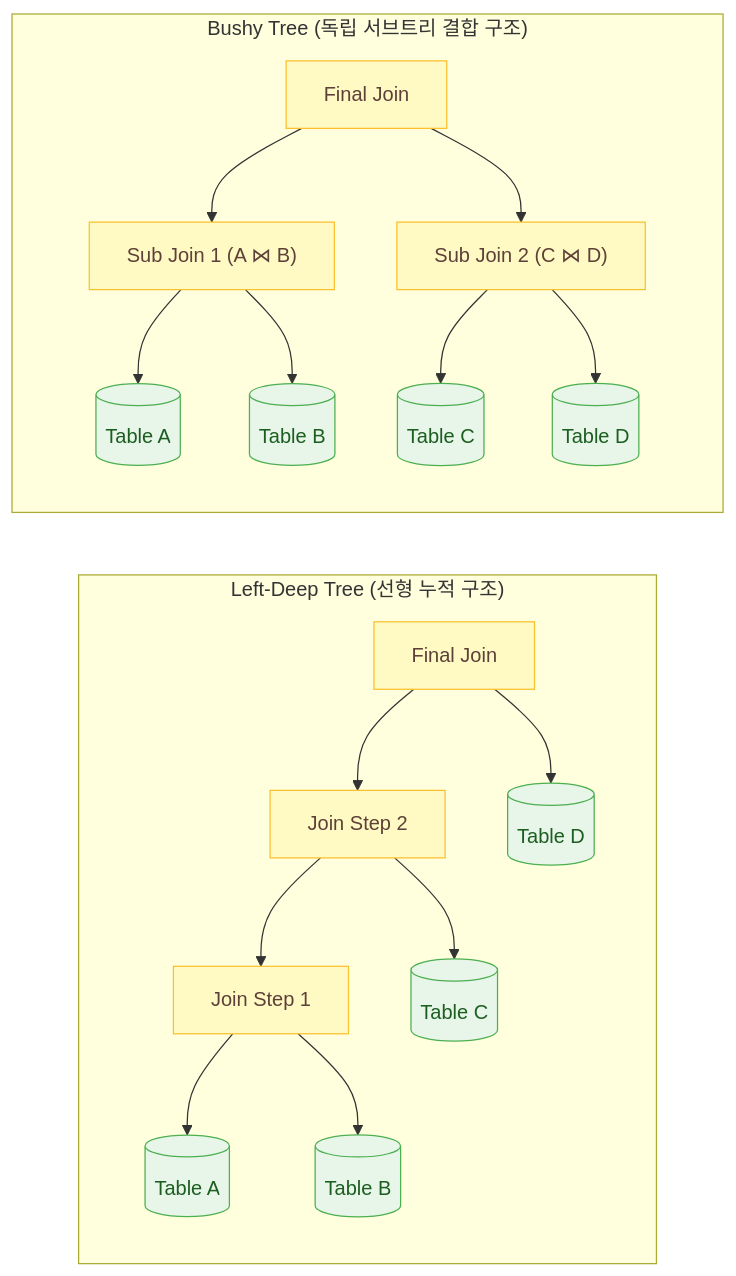
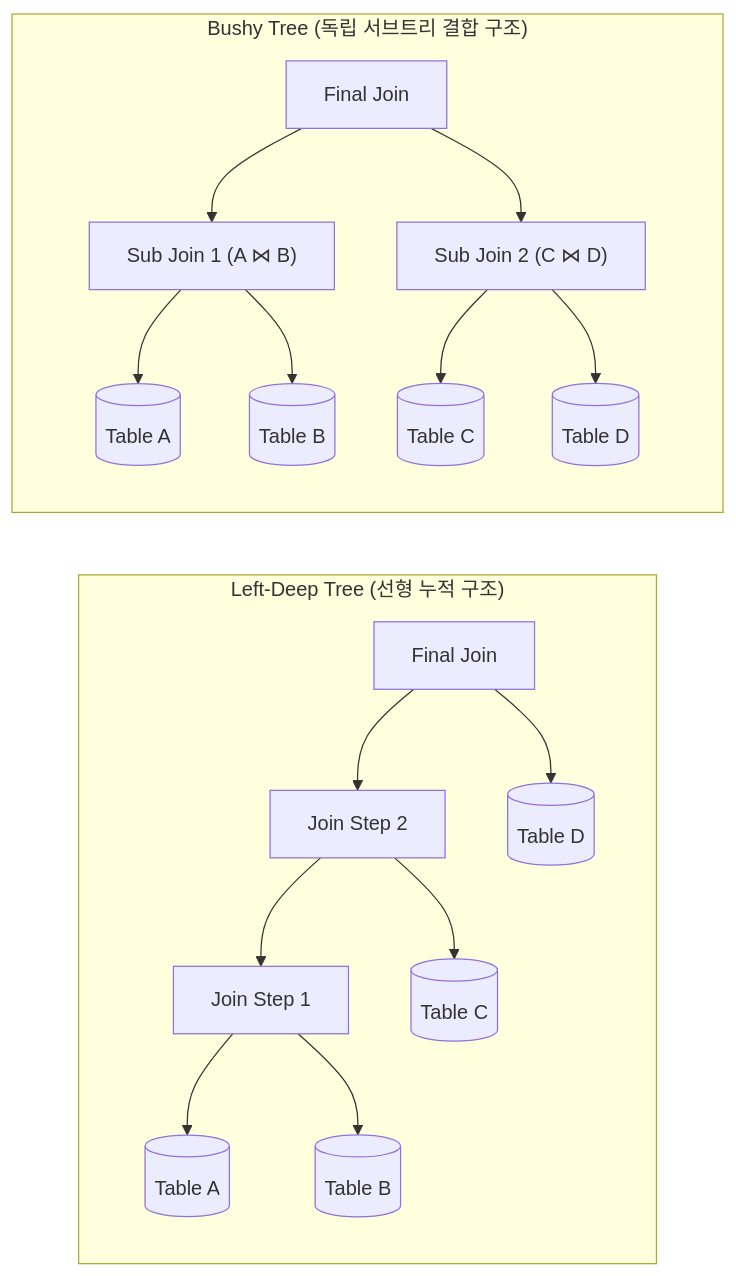
Before and after one commit to djpibo/djpibo.github.io: the second of 3 diagrams in docs/dbms/distributed/query-optimizer-cardinality-and-subquery-internals.md, drawn with Mermaid. The commit also changed other lines of this file and 8 other files, not shown here.

Commit message:
style(mermaid): unify all diagrams to monochrome and remove colored rect boxes

````diff
--- a/docs/dbms/distributed/query-optimizer-cardinality-and-subquery-internals.md
+++ b/docs/dbms/distributed/query-optimizer-cardinality-and-subquery-internals.md
@@ -97,26 +93,23 @@
 ```mermaid
 flowchart LR
-    classDef storage fill:#E8F5E9,stroke:#4CAF50,color:#1B5E20;
-    classDef process fill:#FFF9C4,stroke:#FBC02D,color:#5D4037;
-    classDef entity fill:#FFFFFF,stroke:#424242,color:#212121;
 
     subgraph LD ["Left-Deep Tree (선형 누적 구조)"]
         direction TB
-        J3["Final Join"]:::process --> J2["Join Step 2"]:::process
-        J3 --> D1[("Table D")]:::storage
-        J2 --> J1["Join Step 1"]:::process
-        J2 --> C1[("Table C")]:::storage
-        J1 --> A1[("Table A")]:::storage
-        J1 --> B1[("Table B")]:::storage
+        J3["Final Join"] --> J2["Join Step 2"]
+        J3 --> D1[("Table D")]
+        J2 --> J1["Join Step 1"]
+        J2 --> C1[("Table C")]
+        J1 --> A1[("Table A")]
+        J1 --> B1[("Table B")]
     end
 
     subgraph BT ["Bushy Tree (독립 서브트리 결합 구조)"]
         direction TB
-        BJ["Final Join"]:::process --> BJ1["Sub Join 1 (A ⋈ B)"]:::process
-        BJ --> BJ2["Sub Join 2 (C ⋈ D)"]:::process
-        BJ1 --> A2[("Table A")]:::storage
-        BJ1 --> B2[("Table B")]:::storage
-        BJ2 --> C2[("Table C")]:::storage
-        BJ2 --> D2[("Table D")]:::storage
+        BJ["Final Join"] --> BJ1["Sub Join 1 (A ⋈ B)"]
+        BJ --> BJ2["Sub Join 2 (C ⋈ D)"]
+        BJ1 --> A2[("Table A")]
+        BJ1 --> B2[("Table B")]
+        BJ2 --> C2[("Table C")]
+        BJ2 --> D2[("Table D")]
     end
 ```
````
